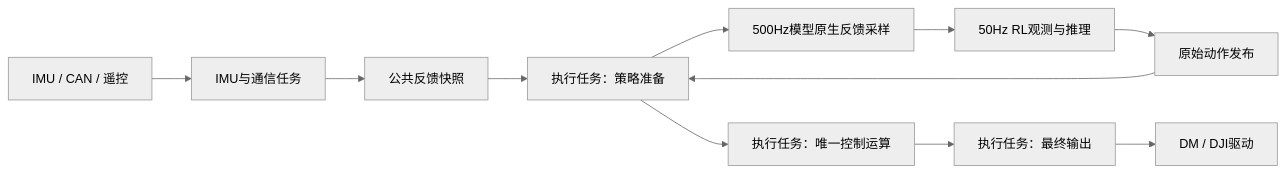
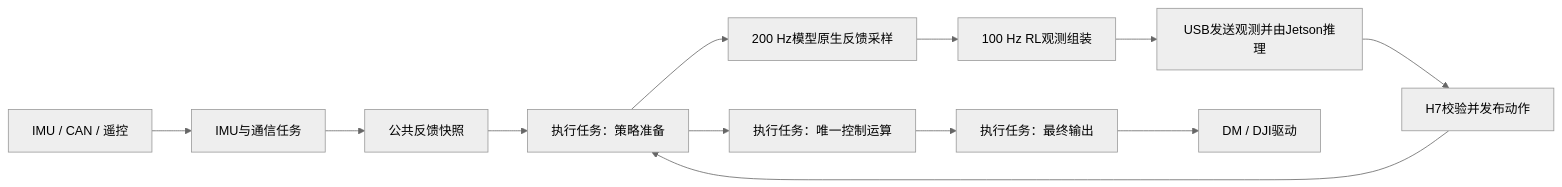
The diagram in md/file-guide.md (ynzz33/CtrBoard-H7_ALL), drawn with Mermaid (neutral theme) before and after one commit. The commit also changed other lines of this file and 27 other files, not shown here.

````diff
--- a/md/file-guide.md
+++ b/md/file-guide.md
@@ -725,13 +738,14 @@
 ```mermaid
 flowchart LR
     Sensors[IMU / CAN / 遥控] --> Prepare[IMU与通信任务]
     Prepare --> Snapshot[公共反馈快照]
     Snapshot --> Act[执行任务：策略准备]
-    Act --> Sample[500Hz模型原生反馈采样]
-    Sample --> Policy[50Hz RL观测与推理]
-    Policy --> Action[原始动作发布]
+    Act --> Sample[200 Hz模型原生反馈采样]
+    Sample --> Policy[100 Hz RL观测组装]
+    Policy --> Jetson[USB发送观测并由Jetson推理]
+    Jetson --> Action[H7校验并发布动作]
     Action --> Act
     Act --> Solve[执行任务：唯一控制运算]
     Solve --> Dispatch[执行任务：最终输出]
     Dispatch --> Motors[DM / DJI驱动]
 ```
````
